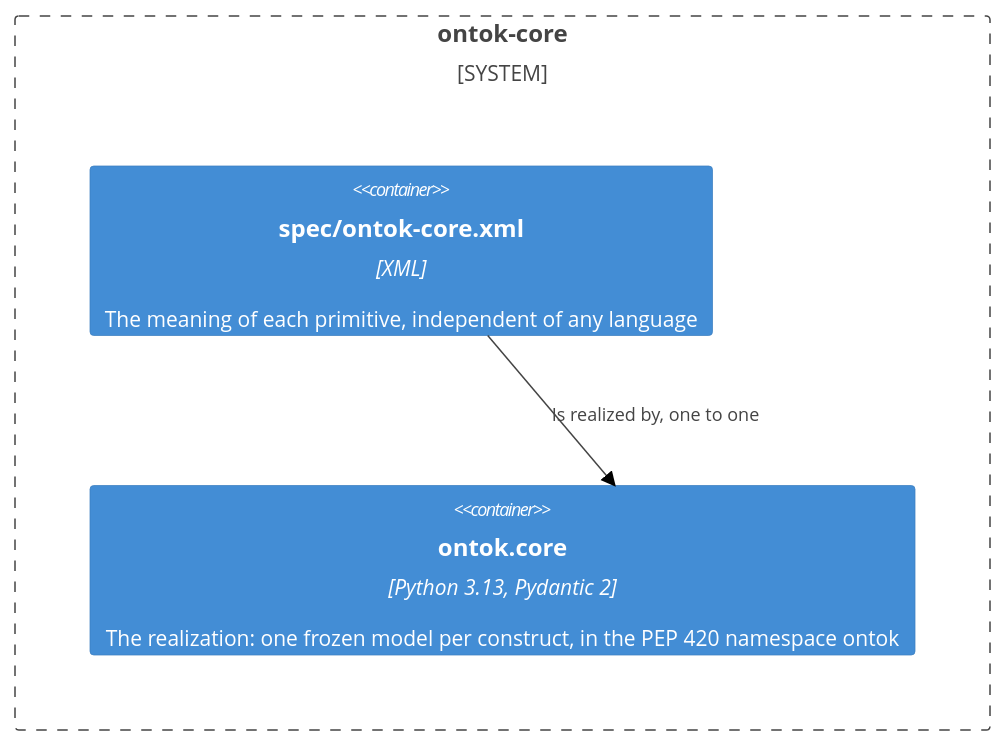
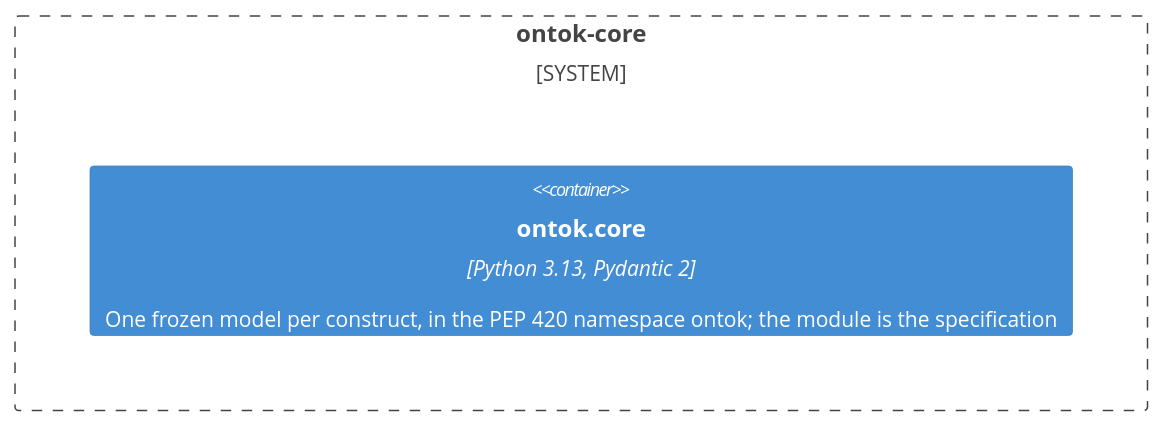
Before and after one commit to kylejtobin/ontok: the second of 3 diagrams in wiki/architecture/ontok-core.md, drawn with Mermaid (forest theme). The commit also changed other lines of this file and 8 other files, not shown here.

Commit message:
The module is the specification: no XML kept beside the code, a rendering is projected when a consumer needs one

````diff
--- a/wiki/architecture/ontok-core.md
+++ b/wiki/architecture/ontok-core.md
@@ -57,8 +54,6 @@
 ```mermaid
 C4Container
   System_Boundary(core, "ontok-core") {
-    Container(spec, "spec/ontok-core.xml", "XML", "The meaning of each primitive, independent of any language")
-    Container(package, "ontok.core", "Python 3.13, Pydantic 2", "The realization: one frozen model per construct, in the PEP 420 namespace ontok")
+    Container(package, "ontok.core", "Python 3.13, Pydantic 2", "One frozen model per construct, in the PEP 420 namespace ontok; the module is the specification")
   }
-  Rel(spec, package, "Is realized by, one to one")
 ```
````
